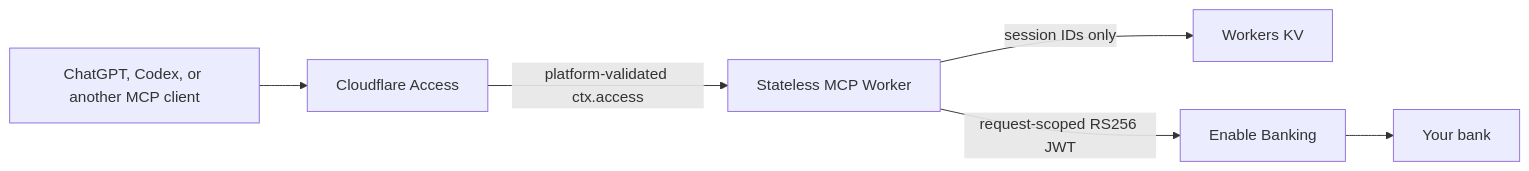
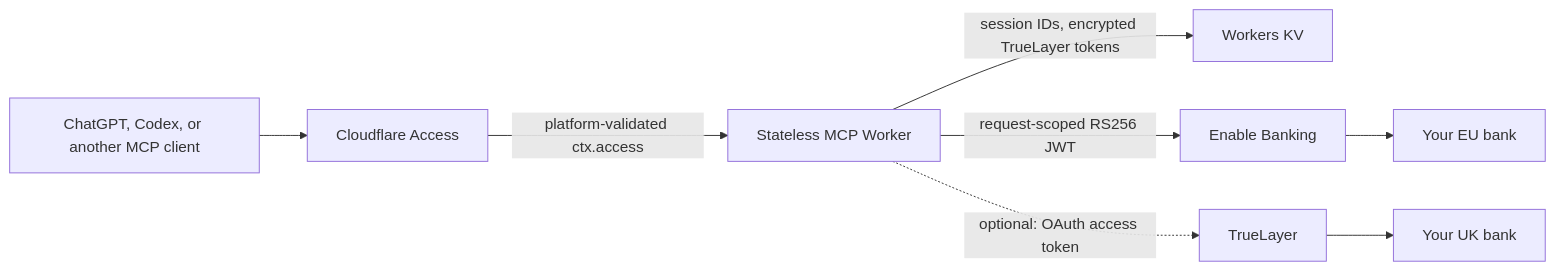
The diagram in README.md (cver-me/EU-Open-Banking-MCP), drawn with Mermaid before and after one commit. The commit also changed other lines of this file and 25 other files, not shown here.

First line of the commit message:
Add TrueLayer provider for UK bank accounts

````diff
--- a/README.md
+++ b/README.md
@@ -32,8 +32,10 @@
 ```mermaid
 flowchart LR
   C[ChatGPT, Codex, or another MCP client] --> A[Cloudflare Access]
   A -->|platform-validated ctx.access| W[Stateless MCP Worker]
-  W -->|session IDs only| K[Workers KV]
+  W -->|session IDs, encrypted TrueLayer tokens| K[Workers KV]
   W -->|request-scoped RS256 JWT| E[Enable Banking]
-  E --> B[Your bank]
+  W -.->|optional: OAuth access token| T[TrueLayer]
+  E --> B[Your EU bank]
+  T --> U[Your UK bank]
 ```
````
